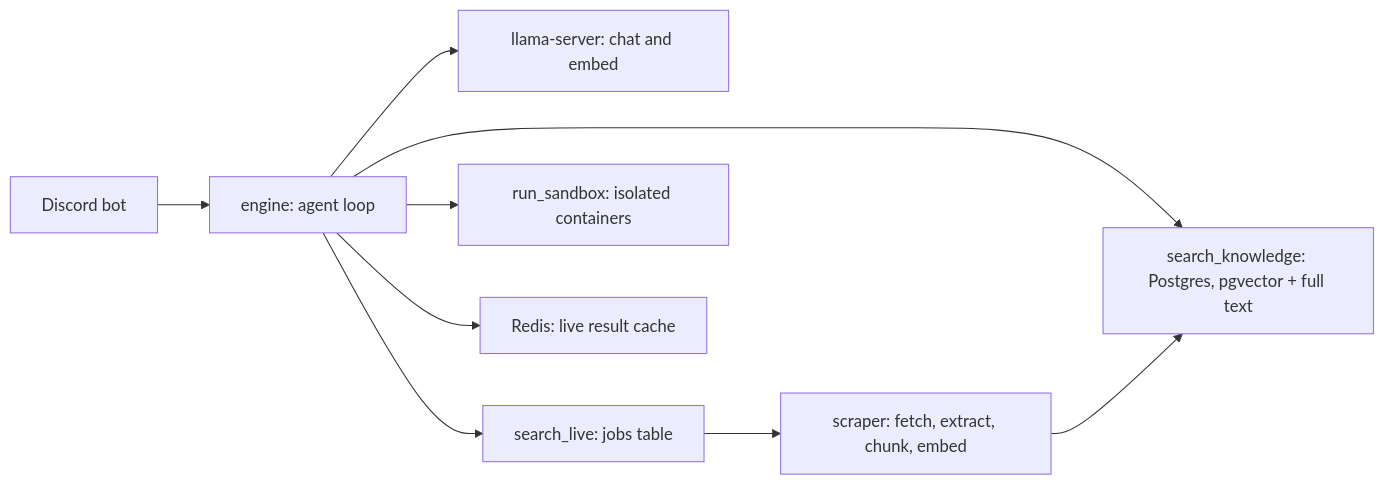
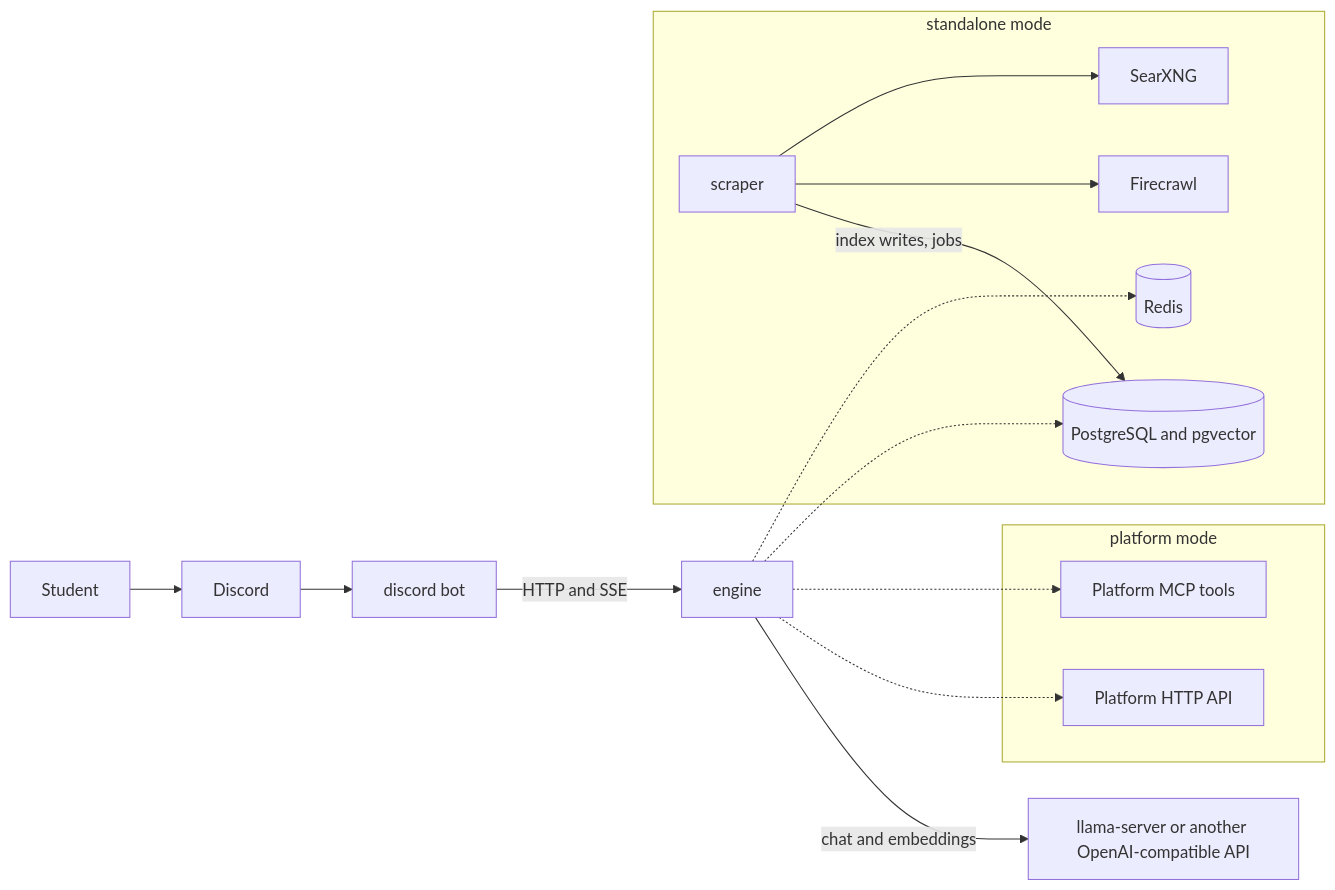
The diagram in README.md (ashworks1706/SparkyAI), drawn with Mermaid before and after one commit. The commit also changed other lines of this file and 20 other files, not shown here.

````diff
--- a/README.md
+++ b/README.md
@@ -31,11 +22,28 @@
 ```mermaid
 flowchart LR
-    D["Discord bot"] --> E["engine: agent loop"]
-    E --> M["llama-server: chat and embed"]
-    E --> K["search_knowledge: Postgres, pgvector + full text"]
-    E --> L["search_live: jobs table"]
-    E --> S["run_sandbox: isolated containers"]
-    L --> SC["scraper: fetch, extract, chunk, embed"]
-    SC --> K
-    E --> R["Redis: live result cache"]
+    U["Student"] --> DC["Discord"]
+    DC --> BOT["discord bot"]
+    BOT -->|"HTTP and SSE"| ENG["engine"]
+    ENG -->|"chat and embeddings"| LLM["llama-server or another OpenAI-compatible API"]
+
+    subgraph platform ["platform mode"]
+        API["Platform HTTP API"]
+        PMCP["Platform MCP tools"]
+    end
+
+    subgraph standalone ["standalone mode"]
+        PG[("PostgreSQL and pgvector")]
+        RD[("Redis")]
+        SCR["scraper"]
+        FC["Firecrawl"]
+        SX["SearXNG"]
+    end
+
+    ENG -.-> API
+    ENG -.-> PMCP
+    ENG -.-> PG
+    ENG -.-> RD
+    SCR -->|"index writes, jobs"| PG
+    SCR --> FC
+    SCR --> SX
 ```
````
